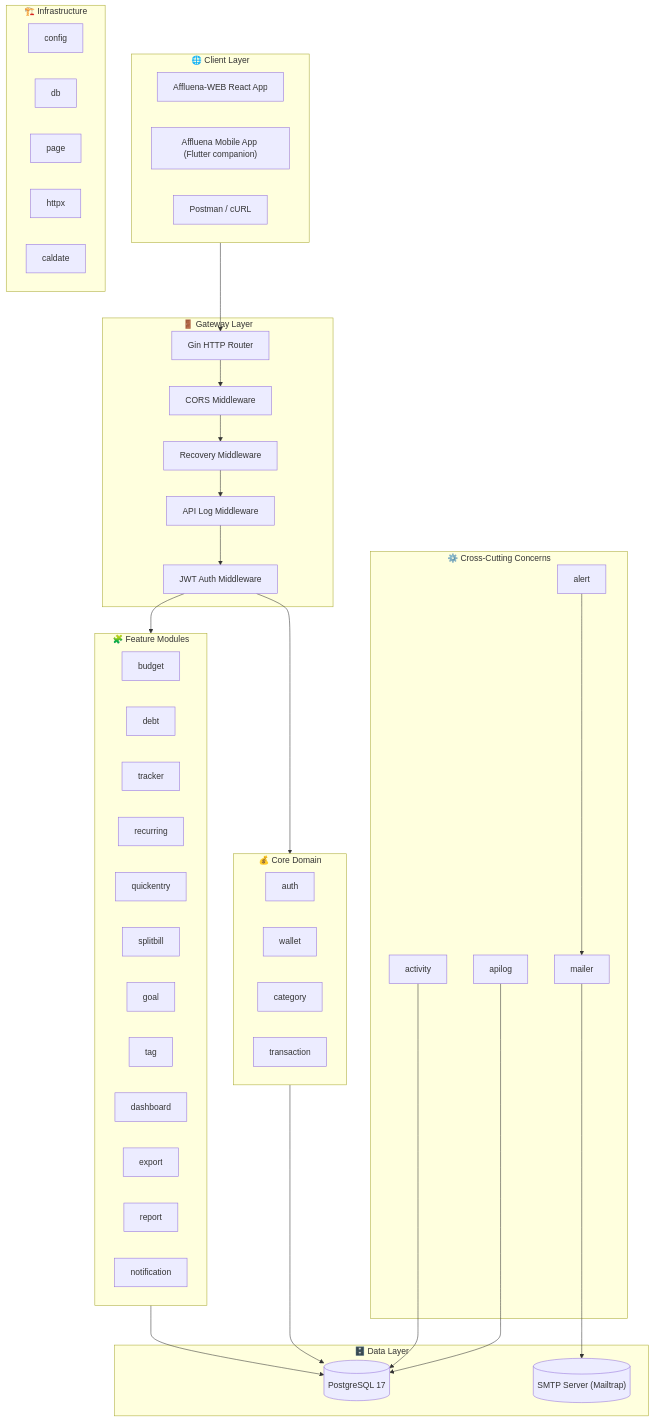
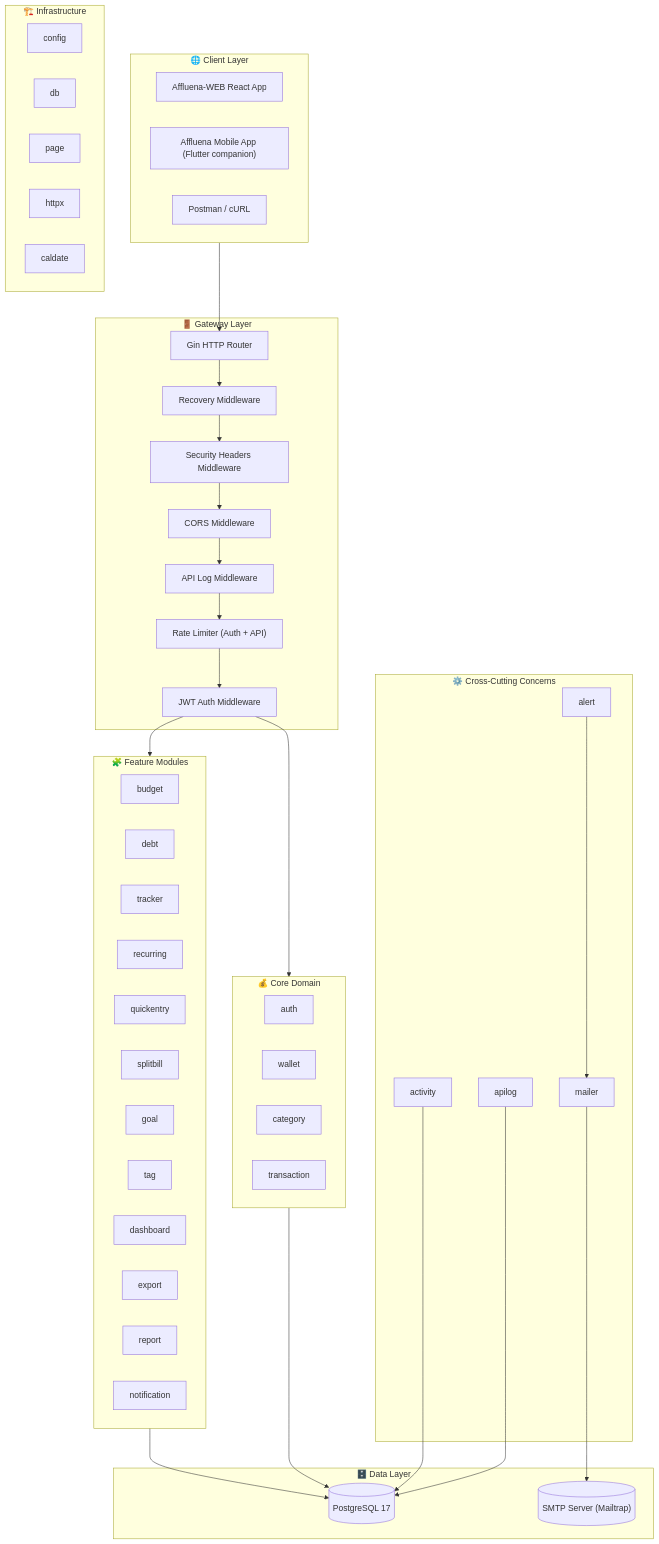
One commit to adty404/Affluena-API changed the first of 4 diagrams in docs/system_map.md. Above: the diagram before and after it, drawn with Mermaid. The commit also changed other lines of this file and 6 other files, not shown here.

````diff
--- a/docs/system_map.md
+++ b/docs/system_map.md
@@ -11,68 +11,70 @@
 ```mermaid
 graph TB
     subgraph Client["🌐 Client Layer"]
         WEB["Affluena-WEB React App"]
         MOBILE["Affluena Mobile App (Flutter companion)"]
         Postman["Postman / cURL"]
     end
 
     subgraph Gateway["🚪 Gateway Layer"]
         GIN["Gin HTTP Router"]
+        MW_RECOVERY["Recovery Middleware"]
+        MW_SECHEAD["Security Headers Middleware"]
         MW_CORS["CORS Middleware"]
-        MW_RECOVERY["Recovery Middleware"]
         MW_APILOG["API Log Middleware"]
+        MW_RATELIMIT["Rate Limiter (Auth + API)"]
         MW_AUTH["JWT Auth Middleware"]
     end
 
     subgraph Core["💰 Core Domain"]
         AUTH["auth"]
         WALLET["wallet"]
         CATEGORY["category"]
         TRANSACTION["transaction"]
     end
 
     subgraph Features["🧩 Feature Modules"]
         BUDGET["budget"]
         DEBT["debt"]
         TRACKER["tracker"]
         RECURRING["recurring"]
         QUICKENTRY["quickentry"]
         SPLITBILL["splitbill"]
         GOAL["goal"]
         TAG["tag"]
         DASHBOARD["dashboard"]
         EXPORT["export"]
         REPORT["report"]
         NOTIFICATION["notification"]
     end
 
     subgraph CrossCutting["⚙️ Cross-Cutting Concerns"]
         ACTIVITY["activity"]
         ALERT["alert"]
         MAILER["mailer"]
         APILOG["apilog"]
     end
 
     subgraph Infra["🏗️ Infrastructure"]
         CONFIG["config"]
         DB["db"]
         PAGE["page"]
         HTTPX["httpx"]
         CALDATE["caldate"]
     end
 
     subgraph Data["🗄️ Data Layer"]
         PG[("PostgreSQL 17")]
         SMTP[("SMTP Server (Mailtrap)")]
     end
 
     Client --> GIN
-    GIN --> MW_CORS --> MW_RECOVERY --> MW_APILOG --> MW_AUTH
+    GIN --> MW_RECOVERY --> MW_SECHEAD --> MW_CORS --> MW_APILOG --> MW_RATELIMIT --> MW_AUTH
     MW_AUTH --> Core
     MW_AUTH --> Features
     Core --> PG
     Features --> PG
     ALERT --> MAILER --> SMTP
     APILOG --> PG
     ACTIVITY --> PG
 ```
````
